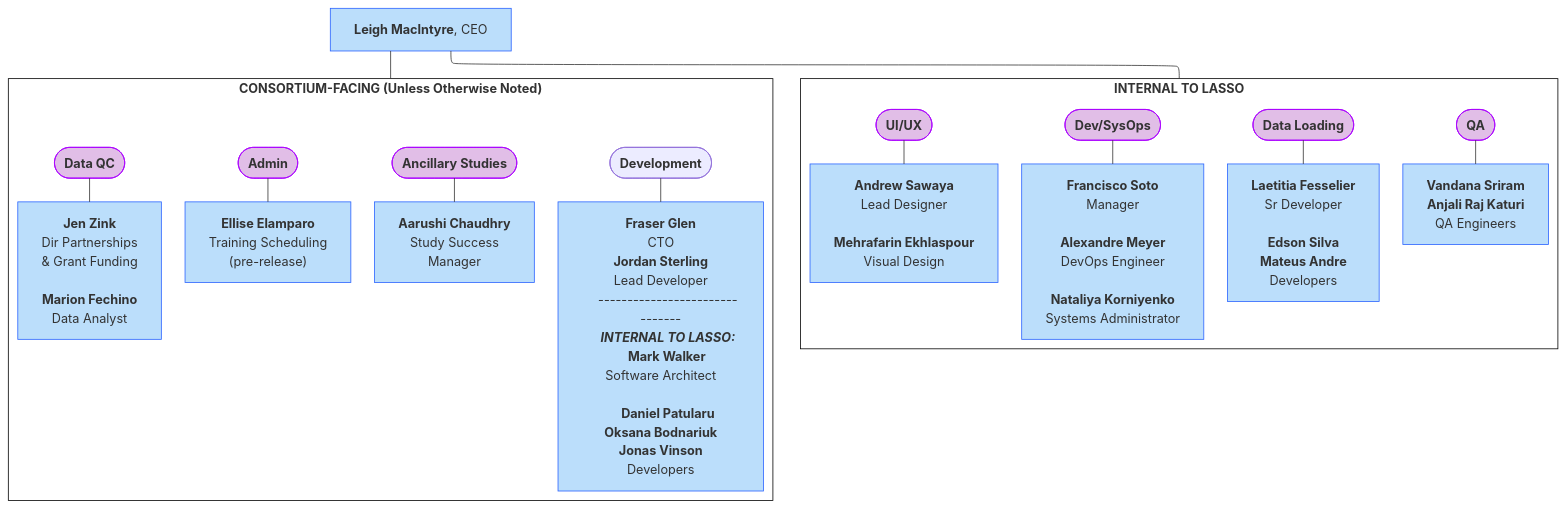
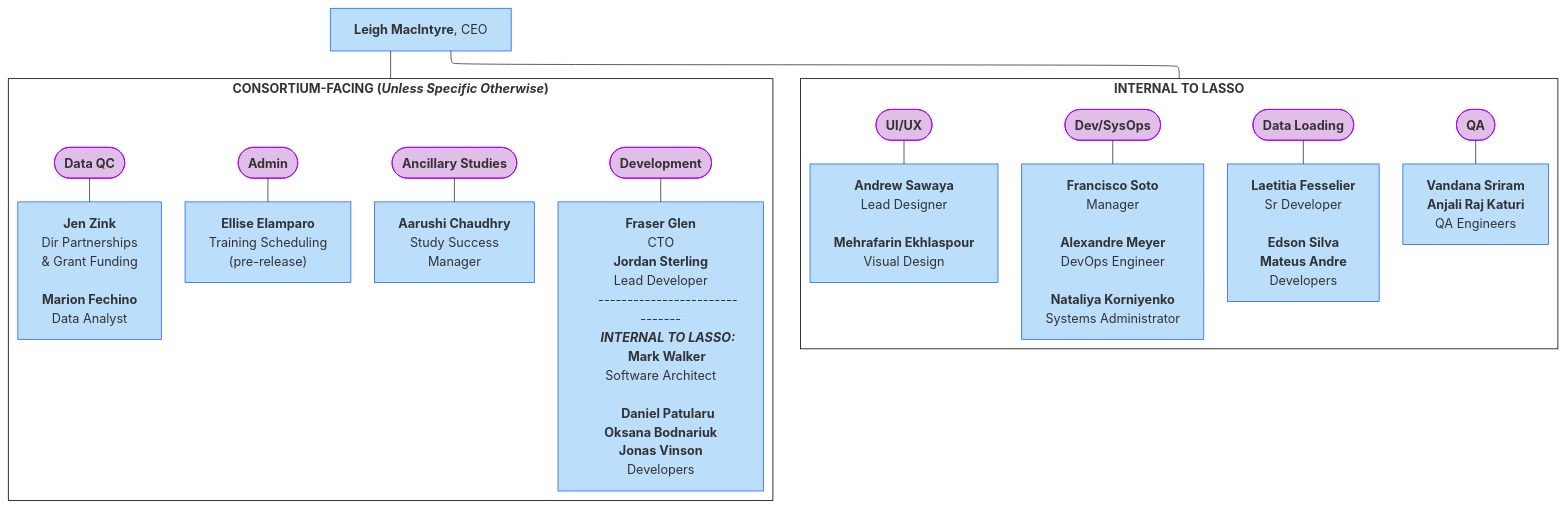
One commit to DCAN-Labs/hbcd-docs-internal changed the first of 17 diagrams in docs/orgcharts_alt.md. Above: the diagram before and after it, drawn with Mermaid. The commit also changed other lines of this file and 2 other files, not shown here.

````diff
--- a/docs/orgcharts_alt.md
+++ b/docs/orgcharts_alt.md
@@ -3,61 +6,62 @@
 ```mermaid
 ---
 config:
   layout: elk
 ---
 flowchart TB
  subgraph s1["<b>INTERNAL TO LASSO</b>"]
         n23(["<b>Dev/SysOps</b>"])
         n24["<b>Francisco Soto</b><br>Manager<br>
     <b>Alexandre Meyer</b><br>DevOps Engineer<br><br><b>Nataliya Korniyenko<br></b>Systems Administrator"]
         n4(["<b>Data Loading</b>"])
         n9["<b>Laetitia Fesselier</b><br>Sr Developer<br>
     <b>Edson Silva</b><br><b>Mateus Andre</b><br>Developers"]
         n29(["<b>UI/UX</b>"])
         n30["<b>Andrew Sawaya</b><br>Lead Designer<br>
     <b>Mehrafarin Ekhlaspour</b><br>Visual Design"]
         n27(["<b>QA</b>"])
         n28["<b>Vandana Sriram</b><br><b>Anjali Raj Katuri<br></b>QA Engineers"]
   end
- subgraph s2["<b>CONSORTIUM-FACING (Unless Otherwise Noted)</b>"]
+ subgraph s2["<b>CONSORTIUM-FACING (<i>Unless Specific Otherwise</i>)</b>"]
         B(["<b>Admin</b>"])
         n5["<b>Ellise Elamparo</b><br>Training Scheduling<br>(pre-release)"]
         n1(["<b>Ancillary Studies</b>"])
         n6["<b>Aarushi Chaudhry<br></b>Study Success<br>Manager"]
         n2(["<b>Data QC</b>"])
         n7["<b>Jen Zink<br></b>Dir Partnerships<br>&amp; Grant Funding<br><br><b>Marion Fechino</b><br>Data Analyst"]
         n22(["<b>Development</b>"])
         n26["<b>Fraser Glen<br></b>CTO<br><b>Jordan Sterling<br></b>Lead Developer
     -------------------------------
     <b><i>INTERNAL TO LASSO:</i>
     Mark Walker</b><br>Software Architect<br>
     <b>Daniel Patularu</b><br><b>Oksana Bodnariuk<br>Jonas Vinson<br></b>Developers"]
   end
     B --- n5
     n1 --- n6
     n2 --- n7
     n4 --- n9
     n23 --- n24
     n22 --- n26
     n27 --- n28
     n29 --- n30
     A["<b>Leigh MacIntyre</b>, CEO"] --- s2 & s1
     style n23 fill:#E1BEE7,stroke:#AA00FF
     style n24 fill:#BBDEFB,stroke:#2962FF
     style n4 fill:#E1BEE7,stroke:#AA00FF
     style n9 fill:#BBDEFB,stroke:#2962FF
     style n29 fill:#E1BEE7,stroke:#AA00FF
     style n30 fill:#BBDEFB,stroke:#2962FF
     style n27 fill:#E1BEE7,stroke:#AA00FF
     style n28 fill:#BBDEFB,stroke:#2962FF
     style B fill:#E1BEE7,stroke:#AA00FF
     style n5 fill:#BBDEFB,stroke:#2962FF
     style n1 fill:#E1BEE7,stroke:#AA00FF
     style n6 fill:#BBDEFB,stroke:#2962FF
     style n2 fill:#E1BEE7,stroke:#AA00FF
     style n7 fill:#BBDEFB,stroke:#2962FF
+    style n22 fill:#E1BEE7,stroke:#AA00FF
     style n26 fill:#BBDEFB,stroke:#2962FF
     style A fill:#BBDEFB,stroke:#2962FF
     style s2 fill:#FFFFFF,stroke:#000000
     style s1 fill:#FFFFFF,stroke:#000000
 ```
````
